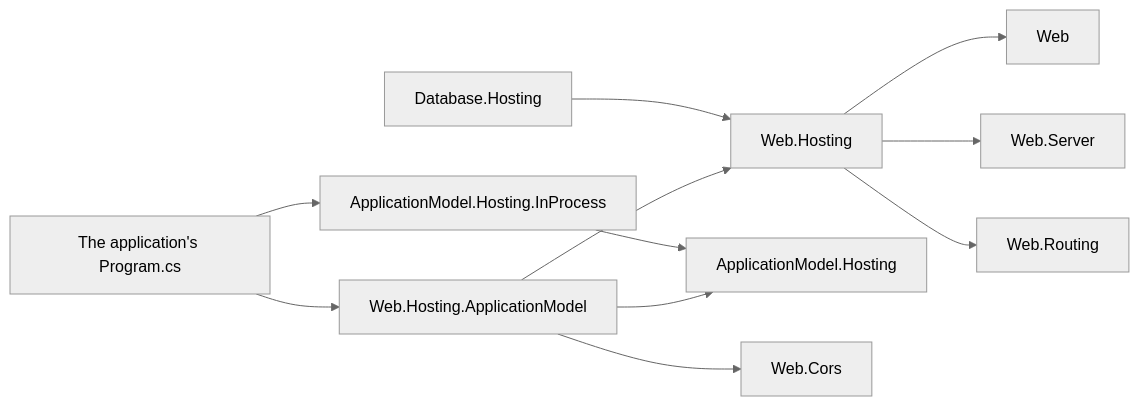
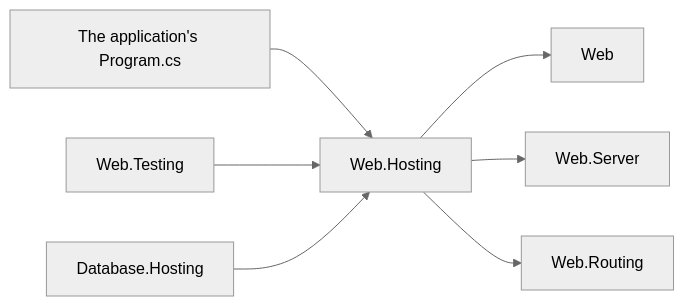
The diagram in docs/resources/Web/DESIGN.md (assimalign/cohesion), drawn with Mermaid (neutral theme) before and after one commit. The commit also changed other lines of this file and 141 other files, not shown here.

First line of the commit message:
docs(application-model): remove the old model from rules and docs

````diff
--- a/docs/resources/Web/DESIGN.md
+++ b/docs/resources/Web/DESIGN.md
@@ -29,13 +18,9 @@
 ```mermaid
 flowchart LR
-    App["The application's Program.cs"] --> WHA["Web.Hosting.ApplicationModel"]
-    App --> Platform["ApplicationModel.Hosting.InProcess"]
-    WHA --> WebHost["Web.Hosting"]
-    WHA --> Instance["ApplicationModel.Hosting"]
-    WHA --> Cors["Web.Cors"]
-    Platform --> Instance
+    App["The application's Program.cs"] --> WebHost["Web.Hosting"]
+    Test["Web.Testing"] --> WebHost
     WebHost --> Web["Web"]
     WebHost --> Server["Web.Server"]
     WebHost --> Routing["Web.Routing"]
     DbHost["Database.Hosting"] --> WebHost
 ```
````
